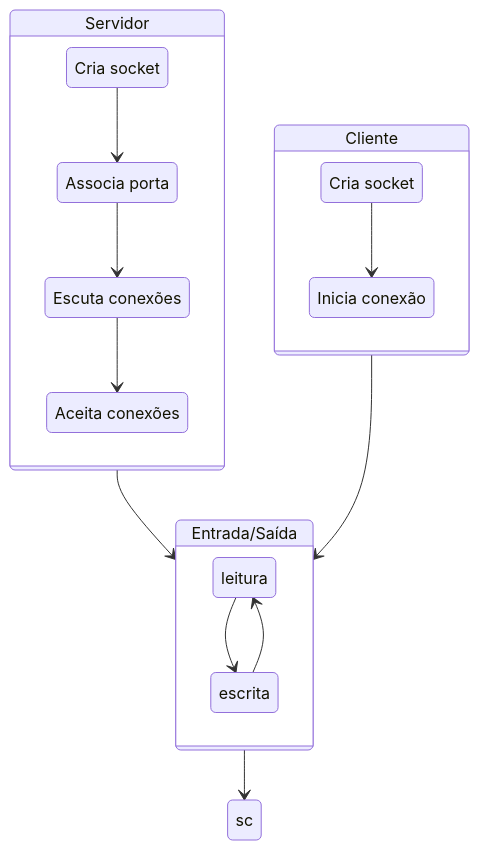
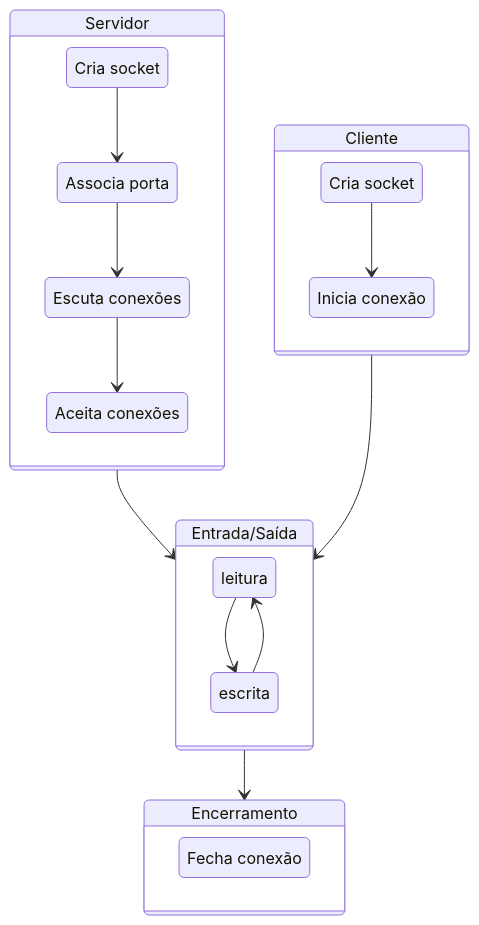
Before and after one commit to lasarojc/ds_notes: the first of 3 diagrams in docs/basics/index.md, drawn with Mermaid. The commit also changed other lines of this file, not shown here.

````diff
--- a/docs/basics/index.md
+++ b/docs/basics/index.md
@@ -133,29 +133,31 @@
 ```mermaid
 stateDiagram-v2
    Servidor --> Entrada/Saída
    Cliente --> Entrada/Saída
-   Entrada/Saída --> sc
+   Entrada/Saída --> Encerramento
 
    state Servidor {
      ss: Cria socket
      sb: Associa porta
      sl: Escuta conexões
      sa: Aceita conexões
      ss --> sb 
      sb --> sl
      sl --> sa
    }
 
    state Entrada/Saída {
      leitura --> escrita
      escrita --> leitura
    }
 
    state Cliente {   
      cs: Cria socket
      cc: Inicia conexão
      cs --> cc
    }
 
-   state sc: Fecha conexão
+   state Encerramento {
+       sc: Fecha conexão
+   }
 ```
````
